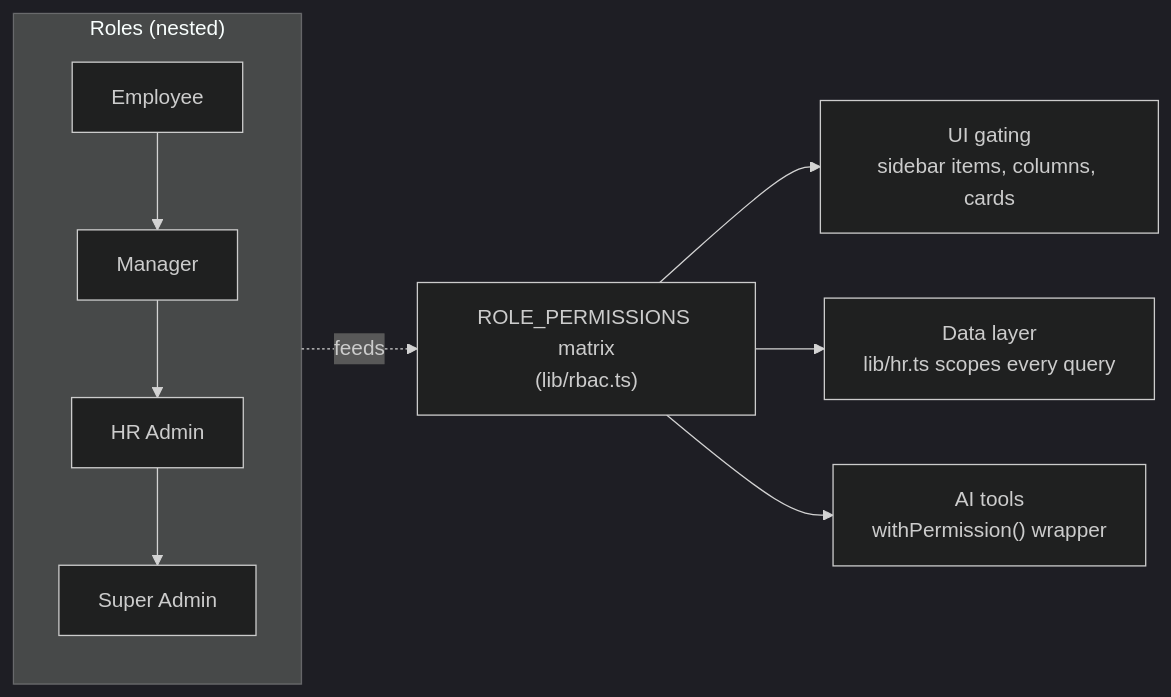
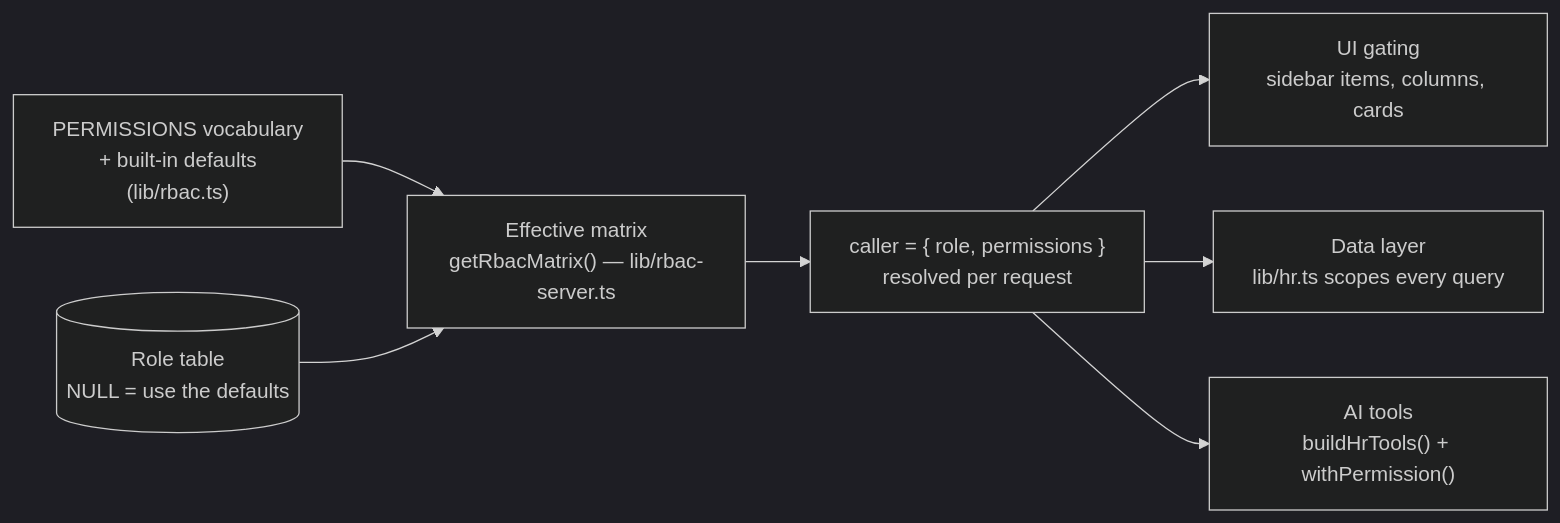
The third of 5 diagrams in README.md (shademounir/Hari), drawn with Mermaid (dark theme) before and after one commit. The commit also changed other lines of this file and 7 other files, not shown here.

First line of the commit message:
docs(rbac): describe the matrix as data, and the JWT as identity only

````diff
--- a/README.md
+++ b/README.md
@@ -200,12 +201,12 @@
 ```mermaid
 flowchart LR
-    M["ROLE_PERMISSIONS matrix<br/>(lib/rbac.ts)"]
-    M --> UI["UI gating<br/>sidebar items, columns, cards"]
-    M --> DATA["Data layer<br/>lib/hr.ts scopes every query"]
-    M --> TOOLS["AI tools<br/>withPermission() wrapper"]
-
-    subgraph Roles["Roles (nested)"]
-      E[Employee] --> MA[Manager] --> H[HR Admin] --> S[Super Admin]
-    end
-    Roles -.feeds.-> M
+    CODE["PERMISSIONS vocabulary<br/>+ built-in defaults<br/>(lib/rbac.ts)"]
+    DB[("Role table<br/>NULL = use the defaults")]
+    CODE --> R
+    DB --> R
+    R["Effective matrix<br/>getRbacMatrix() — lib/rbac-server.ts"]
+    R --> C["caller = { role, permissions }<br/>resolved per request"]
+    C --> UI["UI gating<br/>sidebar items, columns, cards"]
+    C --> DATA["Data layer<br/>lib/hr.ts scopes every query"]
+    C --> TOOLS["AI tools<br/>buildHrTools() + withPermission()"]
 ```
````
